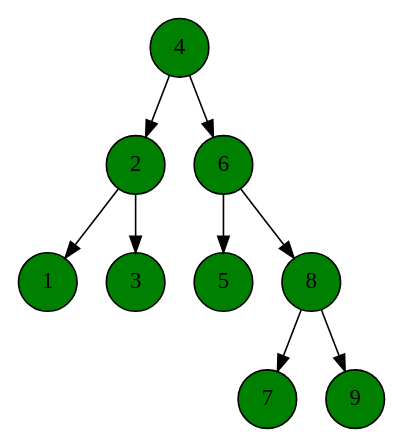
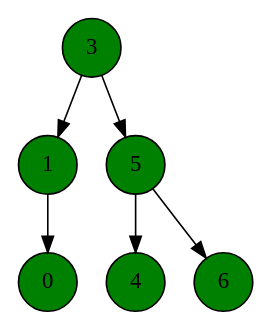
One commit to Effectuss/Key-value-store-based-on-AVL-tree changed the diagram in src/test.dot. Above: the diagram before and after it, drawn with Graphviz. The commit also changed 4 other files, not shown here.

```diff
--- a/src/test.dot
+++ b/src/test.dot
@@ -1,20 +1,14 @@
 digraph BST {
     node [shape=circle, style=filled, fillcolor=green];
+    3;
+    3 -> 1;
+    1;
+    1 -> 0;
+    0;
+    3 -> 5;
+    5;
+    5 -> 4;
     4;
-    4 -> 2;
-    2;
-    2 -> 1;
-    1;
-    2 -> 3;
-    3;
-    4 -> 6;
+    5 -> 6;
     6;
-    6 -> 5;
-    5;
-    6 -> 8;
-    8;
-    8 -> 7;
-    7;
-    8 -> 9;
-    9;
 }
```
